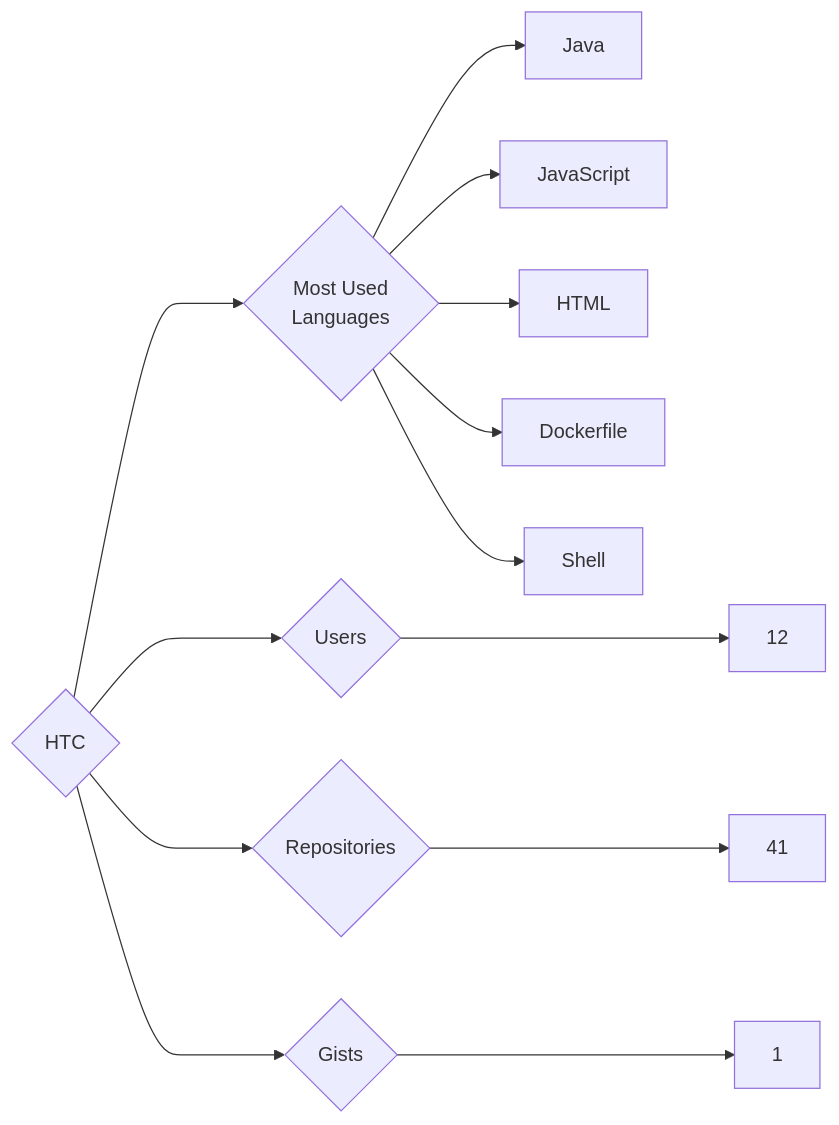
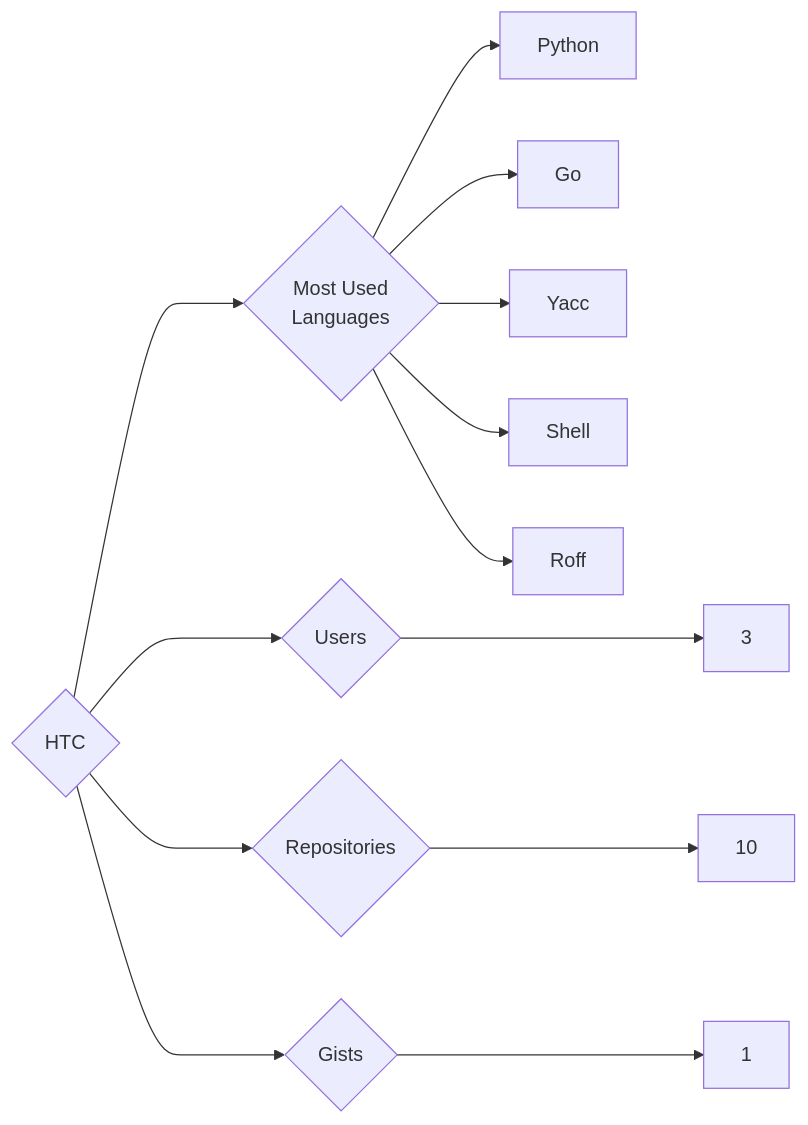
One commit to trickest/insiders changed the diagram in targets/HTC/README.md. Above: the diagram before and after it, drawn with Mermaid. The commit also changed 611 other files, not shown here.

````diff
--- a/targets/HTC/README.md
+++ b/targets/HTC/README.md
@@ -3,13 +3,13 @@
 ```mermaid
 graph LR
 COMPANY_NAME{HTC}
-COMPANY_NAME ---> U{Users} ---> UN[12]
-COMPANY_NAME ---> R{Repositories} ---> RN[41]
+COMPANY_NAME ---> U{Users} ---> UN[3]
+COMPANY_NAME ---> R{Repositories} ---> RN[10]
 COMPANY_NAME ---> G{Gists} ---> GN[1]
 COMPANY_NAME ---> ML{Most Used<br>Languages}
-ML --> Java[Java]
-ML --> JavaScript[JavaScript]
-ML --> HTML[HTML]
-ML --> Dockerfile[Dockerfile]
+ML --> Python[Python]
+ML --> Go[Go]
+ML --> Yacc[Yacc]
 ML --> Shell[Shell]
+ML --> Roff[Roff]
 ```
````
